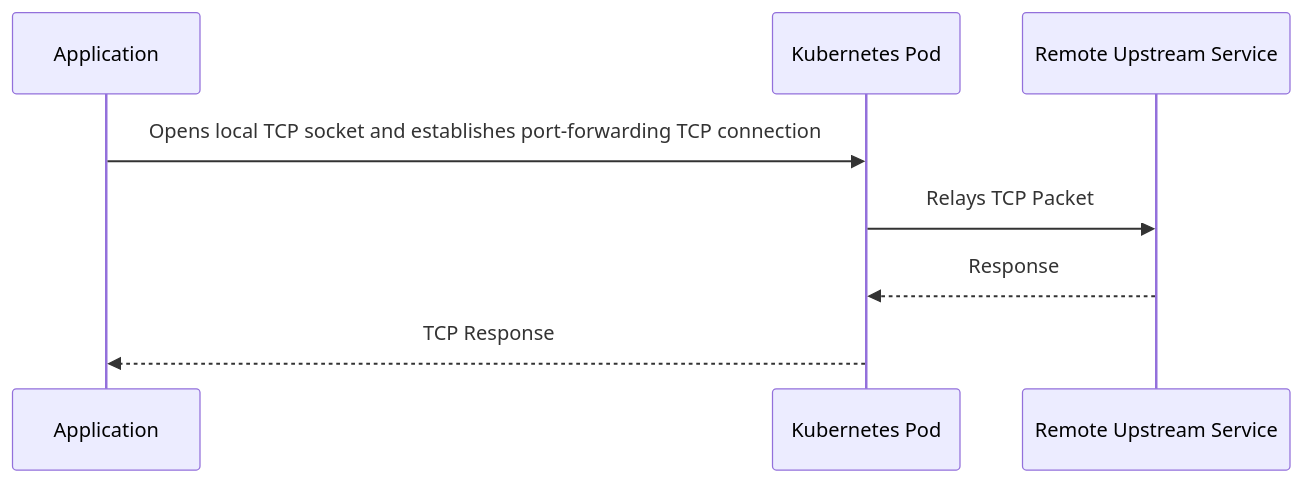
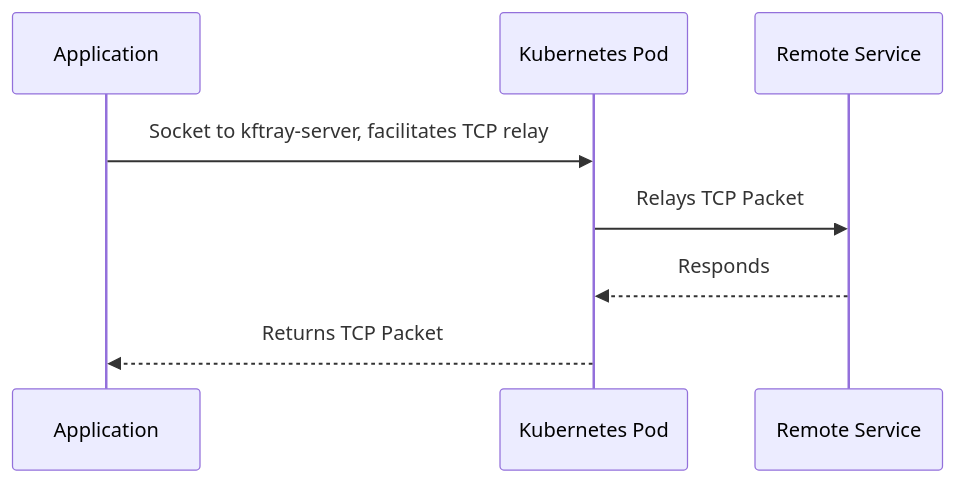
The second of 3 diagrams in README.md (hcavarsan/kftray), drawn with Mermaid before and after one commit. The commit also changed other lines of this file, not shown here.

````diff
--- a/README.md
+++ b/README.md
@@ -244,7 +191,7 @@
 ```mermaid
 sequenceDiagram
-    Application->>Kubernetes Pod: Opens local TCP socket and establishes port-forwarding TCP connection
-    Kubernetes Pod->>Remote Upstream Service: Relays TCP Packet
-    Remote Upstream Service-->>Kubernetes Pod: Response
-    Kubernetes Pod-->>Application: TCP Response
+Application->>Kubernetes Pod: Socket to kftray-server, facilitates TCP relay
+Kubernetes Pod->>Remote Service: Relays TCP Packet
+Remote Service-->>Kubernetes Pod: Responds
+Kubernetes Pod-->>Application: Returns TCP Packet
 ```
````
